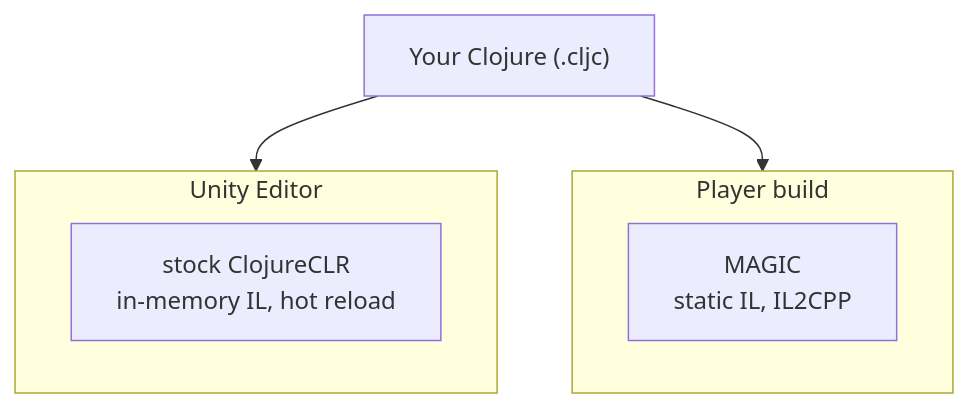
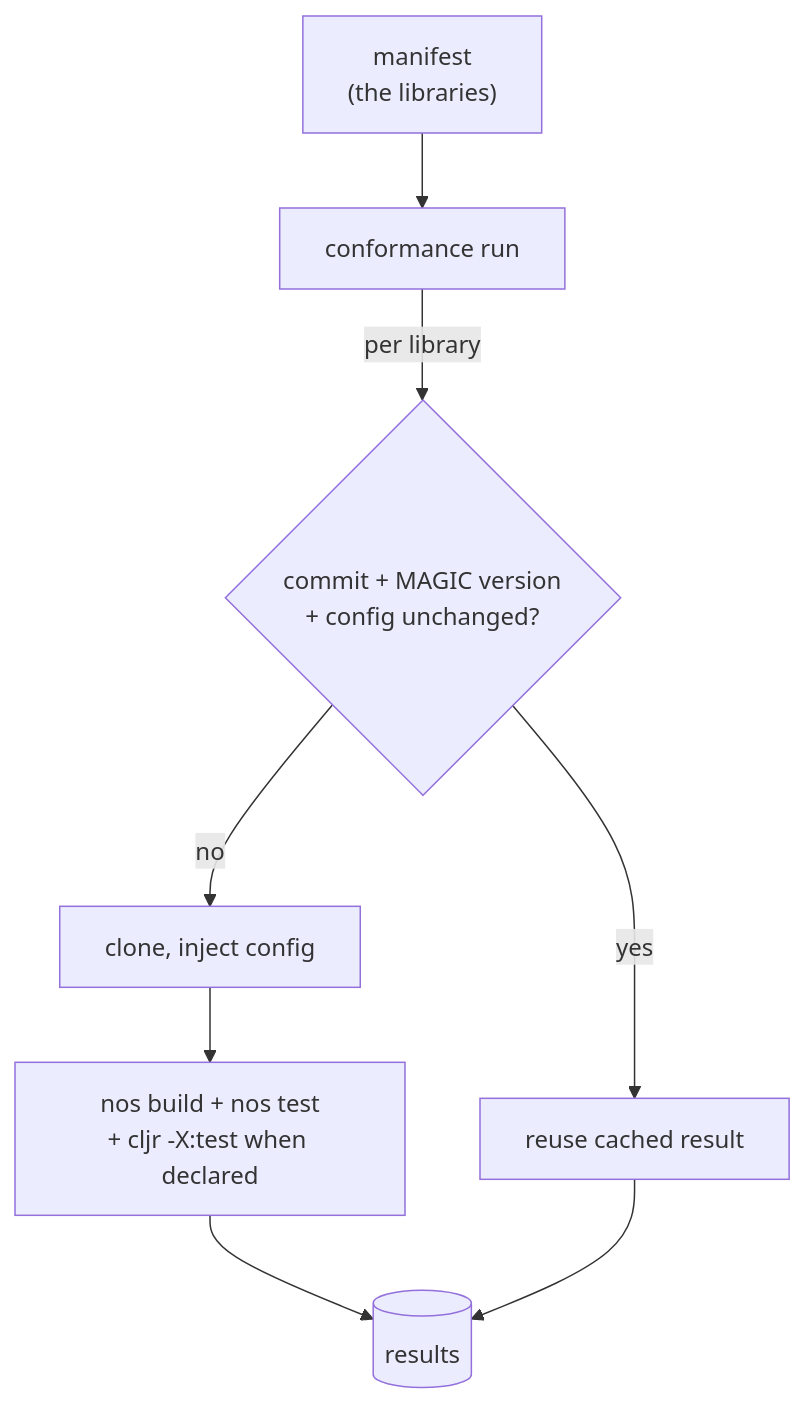
One commit to skydread1/me changed the third of 3 diagrams in content/blog/Making Magic stable.md. Above: the diagram before and after it, drawn with Mermaid. The commit also changed other lines of this file and 2 other files, not shown here.

Commit message:
feat(blog): refresh Making Magic stable and Drift Checks articles

````diff
--- a/content/blog/Making Magic stable.md
+++ b/content/blog/Making Magic stable.md
@@ -160,12 +243,9 @@
 ```mermaid
 flowchart TD
-    src["Your Clojure (.cljc)"]
-    src --> ed
-    src --> pl
-    subgraph ed["Unity Editor"]
-        ccl["stock ClojureCLR<br/>in-memory IL, hot reload"]
-    end
-    subgraph pl["Player build"]
-        magic["MAGIC<br/>static IL, IL2CPP"]
-    end
+    L["manifest<br/>(the libraries)"] --> R["conformance run"]
+    R -->|per library| S{"commit + MAGIC version<br/>+ config unchanged?"}
+    S -->|yes| K["reuse cached result"]
+    S -->|no| A["clone, inject config"] --> B["nos build + nos test<br/>+ cljr -X:test when declared"]
+    B --> W[("results")]
+    K --> W
 ```
````
